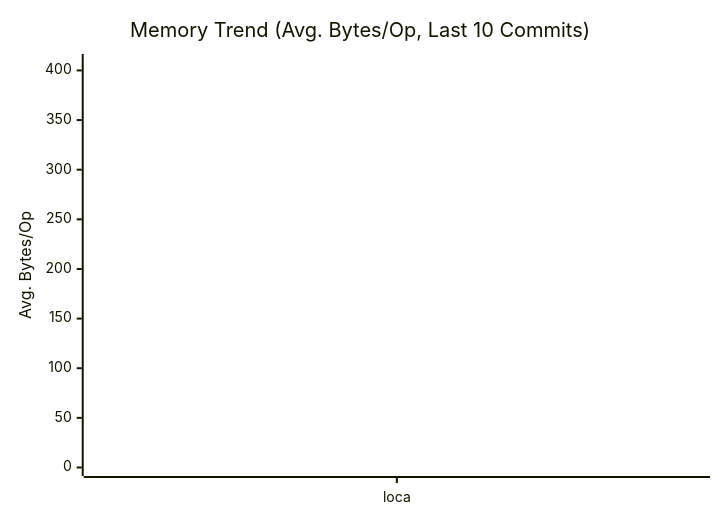
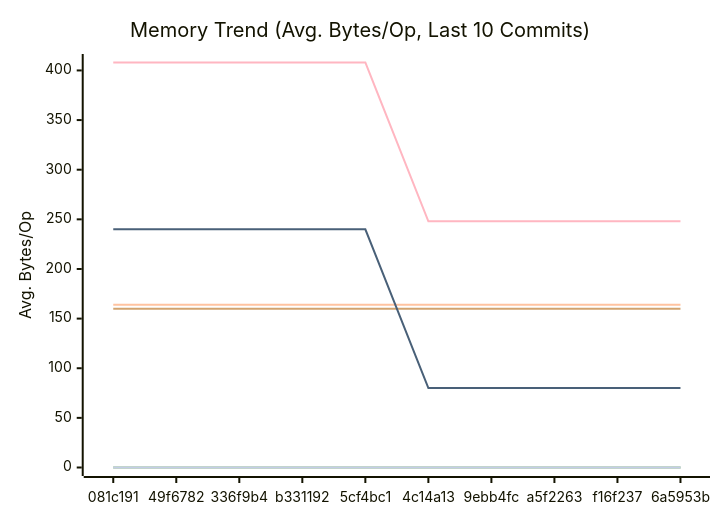
One commit to alsotoes/momo changed the second of 3 diagrams in docs/PERFORMANCE.md. Above: the diagram before and after it, drawn with Mermaid. The commit also changed other lines of this file and 2 other files, not shown here.

````diff
--- a/docs/PERFORMANCE.md
+++ b/docs/PERFORMANCE.md
@@ -97,16 +97,16 @@
 ```mermaid
 xychart-beta
     title "Memory Trend (Avg. Bytes/Op, Last 10 Commits)"
     x-axis "Commit"
     y-axis "Avg. Bytes/Op"
-    x-axis [loca]
+    x-axis [081c191,49f6782,336f9b4,b331192,5cf4bc1,4c14a13,9ebb4fc,a5f2263,f16f237,6a5953b]
     line "CheckMetricsAndSwap" [0,0,0,0,0,0,0,0,0,0]
     line "CrushOptimized" [0,0,0,0,0,0,0,0,0,0]
     line "CrushOriginal" [164,164,164,164,164,164,164,164,164,164]
     line "IndexDirectTracking" [0,0,0,0,0,0,0,0,0,0]
     line "IndexSearch" [0,0,0,0,0,0,0,0,0,0]
     line "LoadGlobalConfig" [160,160,160,160,160,160,160,160,160,160]
     line "PadString" [0,0,0,0,0,0,0,0,0,0]
     line "ParseReplicationOrder_NoPrealloc" [408,408,408,408,408,248,248,248,248,248]
     line "ParseReplicationOrder_Prealloc" [240,240,240,240,240,80,80,80,80,80]
 ```
````
